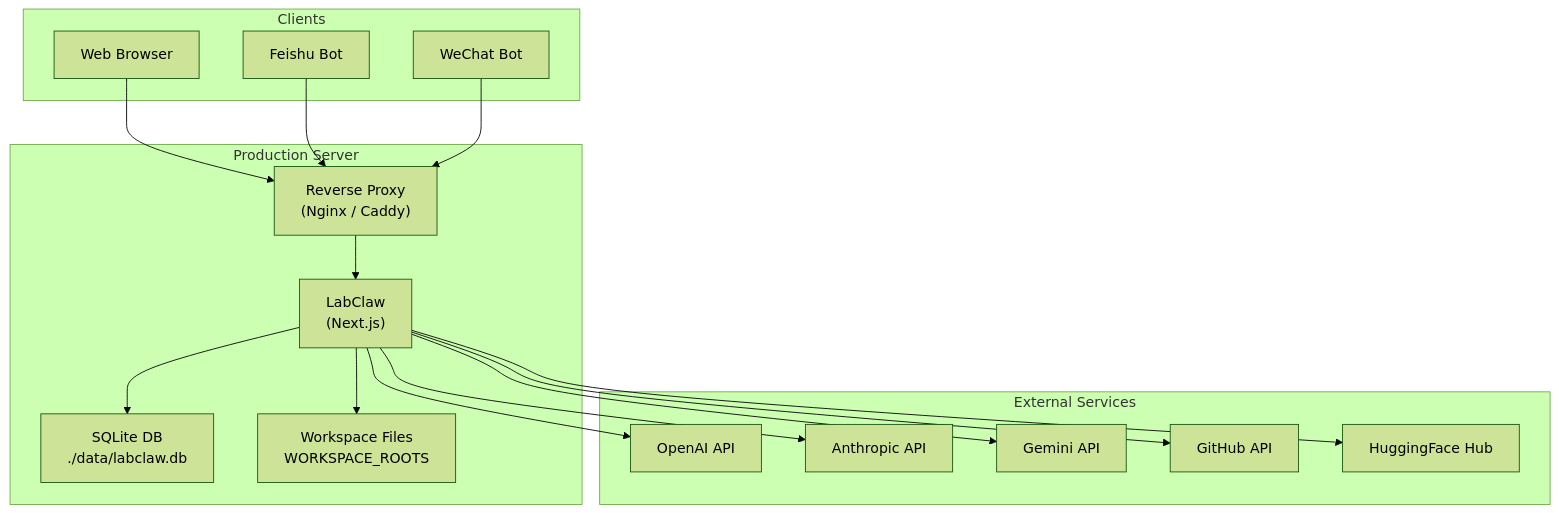
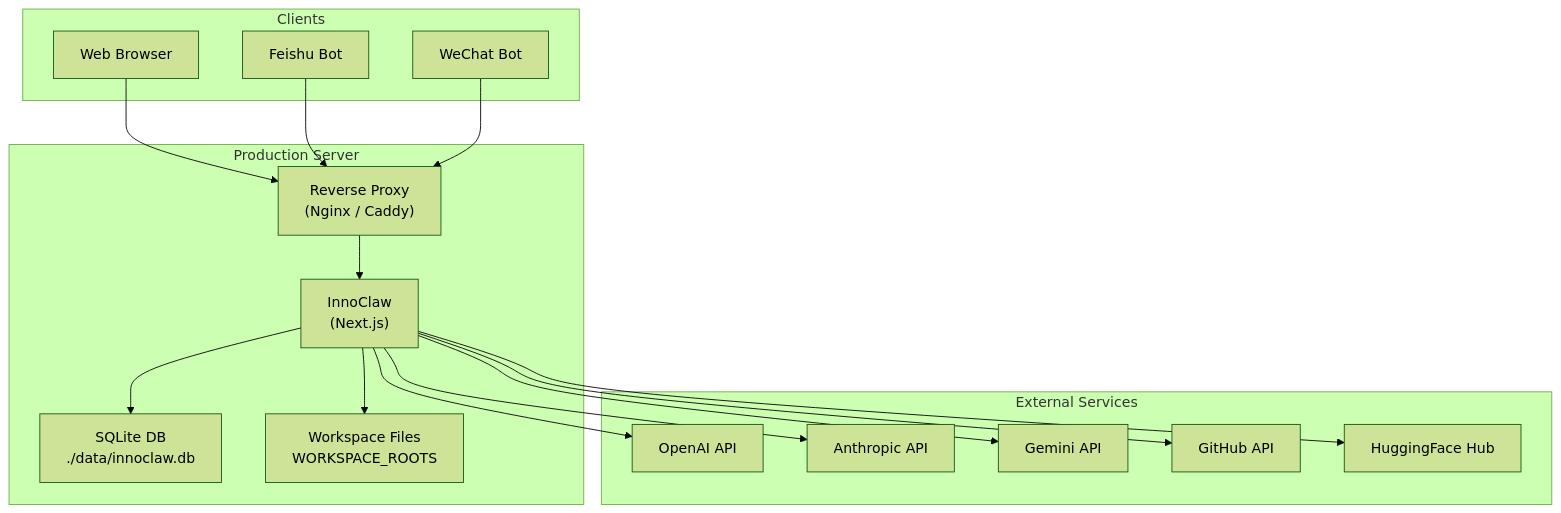
The diagram in docs/getting-started/deployment.md (Anonym0x/InnoClaw), drawn with Mermaid (forest theme) before and after one commit. The commit also changed other lines of this file and 53 other files, not shown here.

First line of the commit message:
rename: LabClaw -> InnoClaw across entire project

````diff
--- a/docs/getting-started/deployment.md
+++ b/docs/getting-started/deployment.md
@@ -7,35 +7,35 @@
 ```{mermaid}
 graph TB
     subgraph Clients["Clients"]
         Browser["Web Browser"]
         FeishuBot["Feishu Bot"]
         WeChatBot["WeChat Bot"]
     end
 
     subgraph Host["Production Server"]
         Proxy["Reverse Proxy<br/>(Nginx / Caddy)"]
-        App["LabClaw<br/>(Next.js)"]
-        SQLite["SQLite DB<br/>./data/labclaw.db"]
+        App["InnoClaw<br/>(Next.js)"]
+        SQLite["SQLite DB<br/>./data/innoclaw.db"]
         Workspace["Workspace Files<br/>WORKSPACE_ROOTS"]
     end
 
     subgraph External["External Services"]
         OpenAI["OpenAI API"]
         Anthropic["Anthropic API"]
         Gemini["Gemini API"]
         GitHub["GitHub API"]
         HF["HuggingFace Hub"]
     end
 
     Browser --> Proxy
     FeishuBot --> Proxy
     WeChatBot --> Proxy
     Proxy --> App
     App --> SQLite
     App --> Workspace
     App --> OpenAI
     App --> Anthropic
     App --> Gemini
     App --> GitHub
     App --> HF
 ```
````
